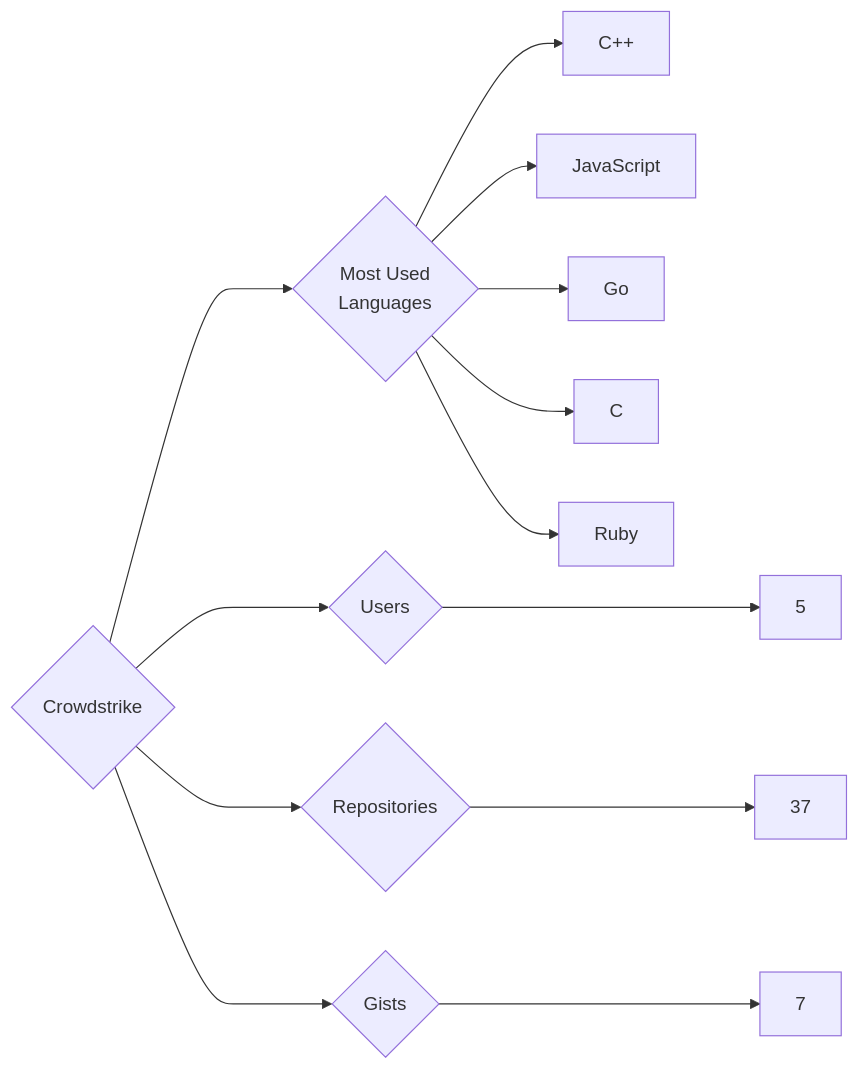
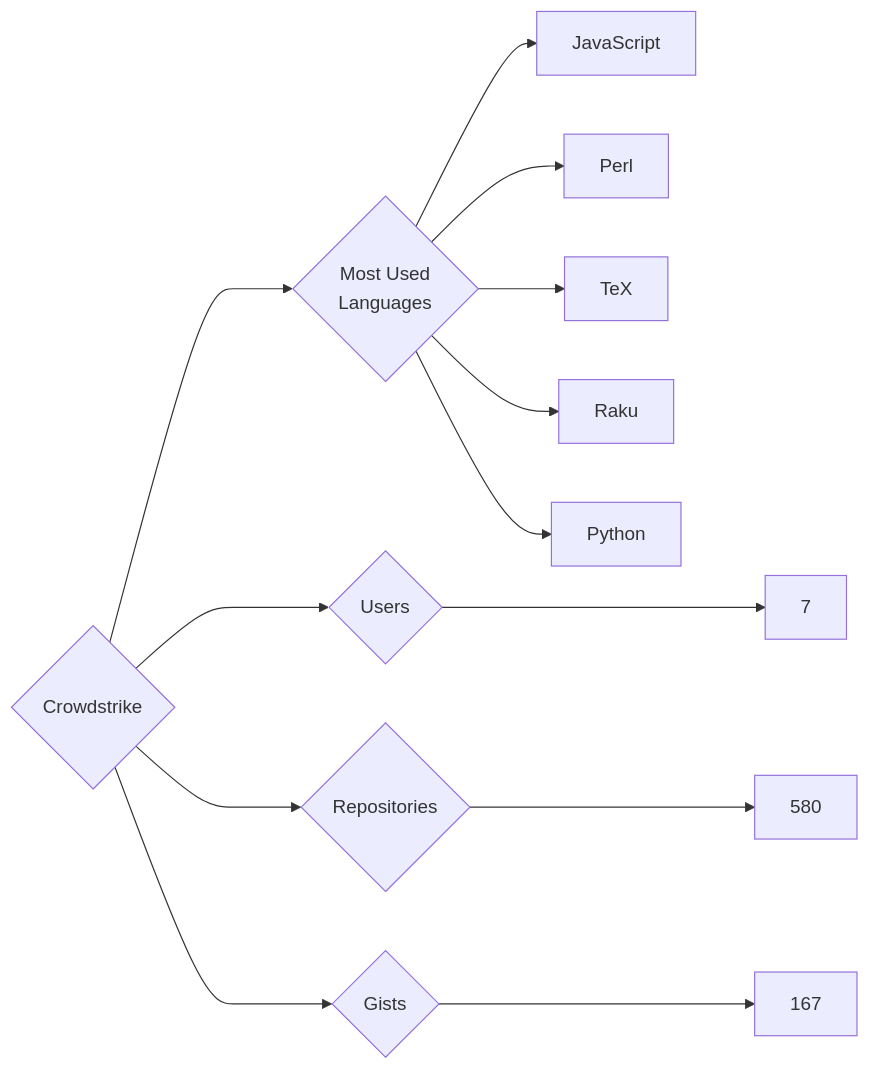
One commit to trickest/insiders changed the diagram in targets/Crowdstrike/README.md. Above: the diagram before and after it, drawn with Mermaid. The commit also changed 783 other files, not shown here.

````diff
--- a/targets/Crowdstrike/README.md
+++ b/targets/Crowdstrike/README.md
@@ -3,13 +3,13 @@
 ```mermaid
 graph LR
 COMPANY_NAME{Crowdstrike}
-COMPANY_NAME ---> U{Users} ---> UN[5]
-COMPANY_NAME ---> R{Repositories} ---> RN[37]
-COMPANY_NAME ---> G{Gists} ---> GN[7]
+COMPANY_NAME ---> U{Users} ---> UN[7]
+COMPANY_NAME ---> R{Repositories} ---> RN[580]
+COMPANY_NAME ---> G{Gists} ---> GN[167]
 COMPANY_NAME ---> ML{Most Used<br>Languages}
-ML --> C++[C++]
 ML --> JavaScript[JavaScript]
-ML --> Go[Go]
-ML --> C[C]
-ML --> Ruby[Ruby]
+ML --> Perl[Perl]
+ML --> TeX[TeX]
+ML --> Raku[Raku]
+ML --> Python[Python]
 ```
````
